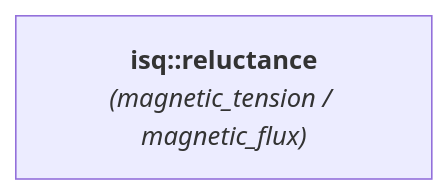
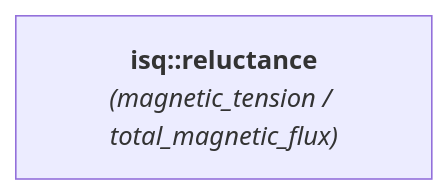
One commit to mpusz/mp-units changed the diagram in docs/reference/systems_reference/hierarchies/reluctance.md. Above: the diagram before and after it, drawn with Mermaid. The commit also changed 83 other files, not shown here.

````diff
--- a/docs/reference/systems_reference/hierarchies/reluctance.md
+++ b/docs/reference/systems_reference/hierarchies/reluctance.md
@@ -8,4 +8,4 @@
 ```mermaid
 flowchart LR
-    isq_reluctance["<b><a href="../../systems/isq/#reluctance" style="color: var(--md-mermaid-label-fg-color); text-decoration: none;">isq::reluctance</a></b><br><i>(<a href="../../systems/isq/#magnetic_tension" style="color: var(--md-mermaid-label-fg-color); text-decoration: none;">magnetic_tension</a> / <a href="../../systems/isq/#magnetic_flux" style="color: var(--md-mermaid-label-fg-color); text-decoration: none;">magnetic_flux</a>)</i>"]
+    isq_reluctance["<b><a href="../../systems/isq/#reluctance" style="color: var(--md-mermaid-label-fg-color); text-decoration: none;">isq::reluctance</a></b><br><i>(<a href="../../systems/isq/#magnetic_tension" style="color: var(--md-mermaid-label-fg-color); text-decoration: none;">magnetic_tension</a> / <a href="../../systems/isq/#total_magnetic_flux" style="color: var(--md-mermaid-label-fg-color); text-decoration: none;">total_magnetic_flux</a>)</i>"]
 ```
````
